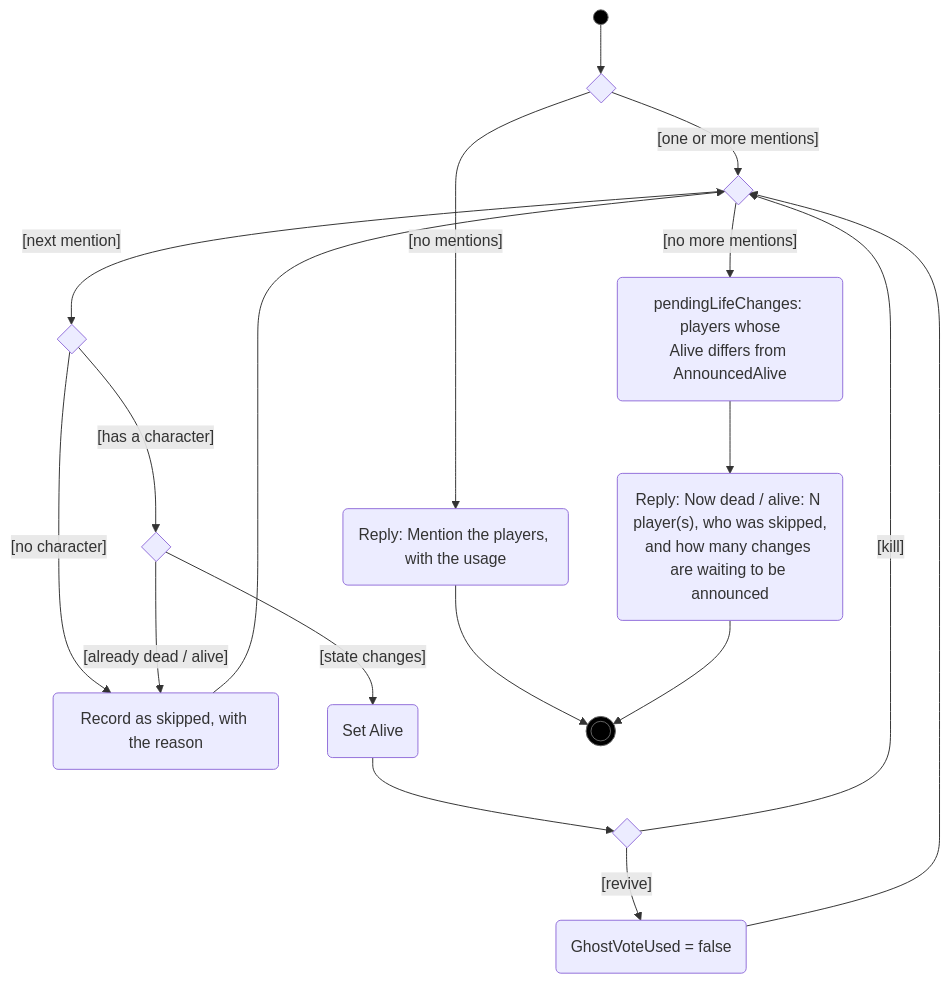
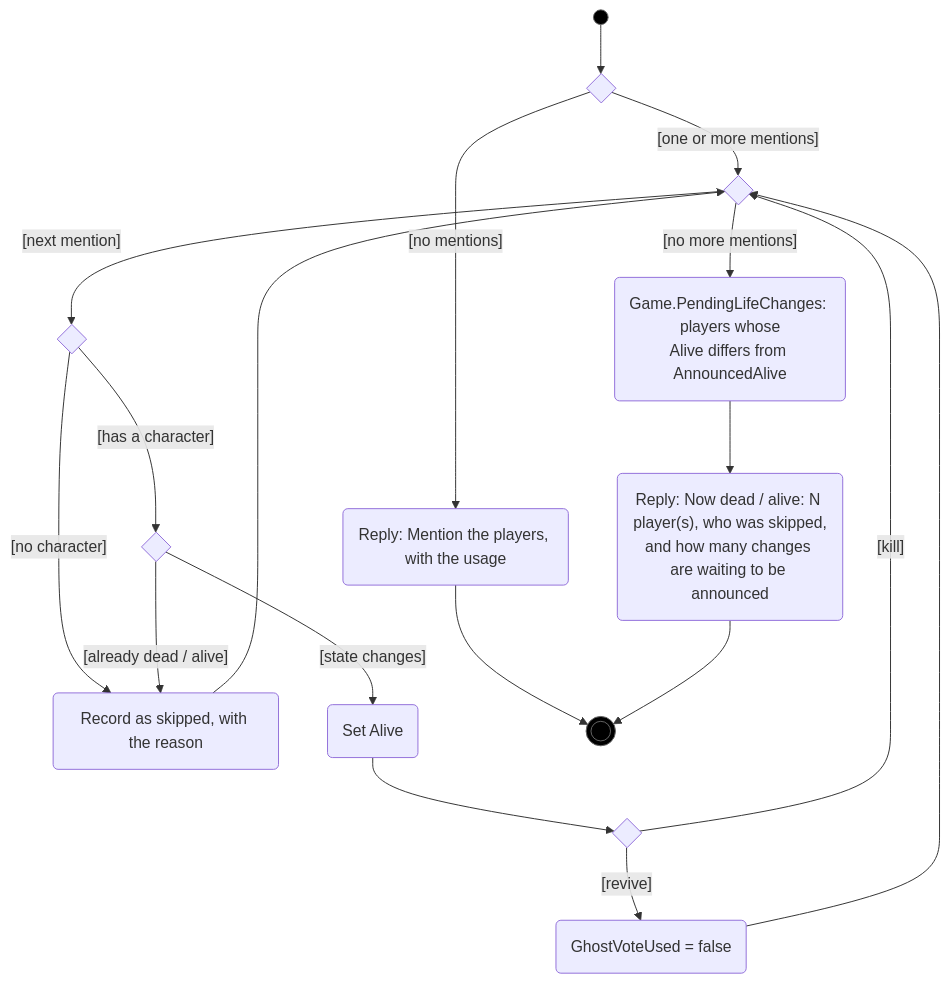
The second of 9 diagrams in docs/uml/characters.md (RAGNOARAKNOS/BotOnTheClocktower), drawn with Mermaid before and after one commit. The commit also changed other lines of this file and 33 other files, not shown here.

````diff
--- a/docs/uml/characters.md
+++ b/docs/uml/characters.md
@@ -56,23 +56,23 @@
 ```mermaid
 flowchart TD
     start((" ")):::initial --> d0{" "}
     d0 -->|"[no mentions]"| usage("Reply: Mention the players, with the usage")
     d0 -->|"[one or more mentions]"| next{" "}
     next -->|"[next mention]"| has{" "}
     has -->|"[no character]"| skip("Record as skipped, with the reason")
     has -->|"[has a character]"| same{" "}
     same -->|"[already dead / alive]"| skip
     same -->|"[state changes]"| set("Set Alive")
     set --> rv{" "}
     rv -->|"[revive]"| ghost("GhostVoteUsed = false")
     rv -->|"[kill]"| next
     ghost --> next
     skip --> next
-    next -->|"[no more mentions]"| pend("pendingLifeChanges: players whose<br/>Alive differs from AnnouncedAlive")
+    next -->|"[no more mentions]"| pend("Game.PendingLifeChanges: players whose<br/>Alive differs from AnnouncedAlive")
     pend --> reply("Reply: Now dead / alive: N player(s), who was skipped,<br/>and how many changes are waiting to be announced")
     usage --> done(((" "))):::final
     reply --> done
 
     classDef initial fill:#000,stroke:#666
     classDef final fill:#000,stroke:#666
 ```
````
